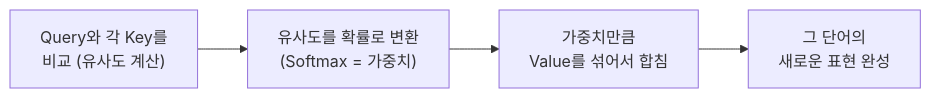
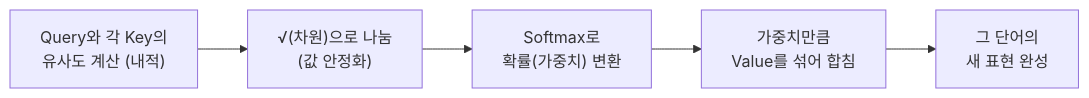
The second of 3 diagrams in _posts/2026-11-23-transformer-encoder.md (shm3041/shm3041.github.io), drawn with Mermaid before and after one commit. The commit also changed other lines of this file and 7 other files, not shown here.

````diff
--- a/_posts/2026-11-23-transformer-encoder.md
+++ b/_posts/2026-11-23-transformer-encoder.md
@@ -61,6 +56,7 @@
 ```mermaid
 flowchart LR
-    A["Query와 각 Key를<br/>비교 (유사도 계산)"] --> B["유사도를 확률로 변환<br/>(Softmax = 가중치)"]
-    B --> C["가중치만큼<br/>Value를 섞어서 합침"]
-    C --> D["그 단어의<br/>새로운 표현 완성"]
+    A["Query와 각 Key의<br/>유사도 계산 (내적)"] --> B["√(차원)으로 나눔<br/>(값 안정화)"]
+    B --> C["Softmax로<br/>확률(가중치) 변환"]
+    C --> D["가중치만큼<br/>Value를 섞어 합침"]
+    D --> E["그 단어의<br/>새 표현 완성"]
 ```
````
